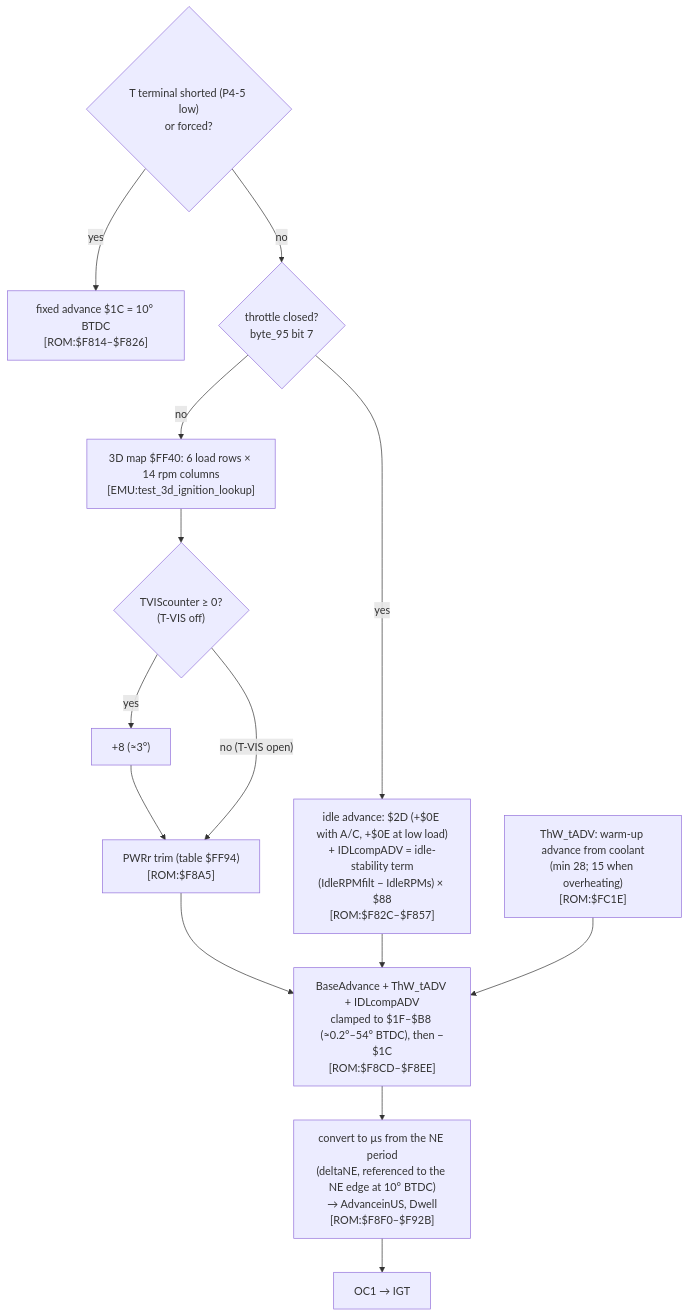
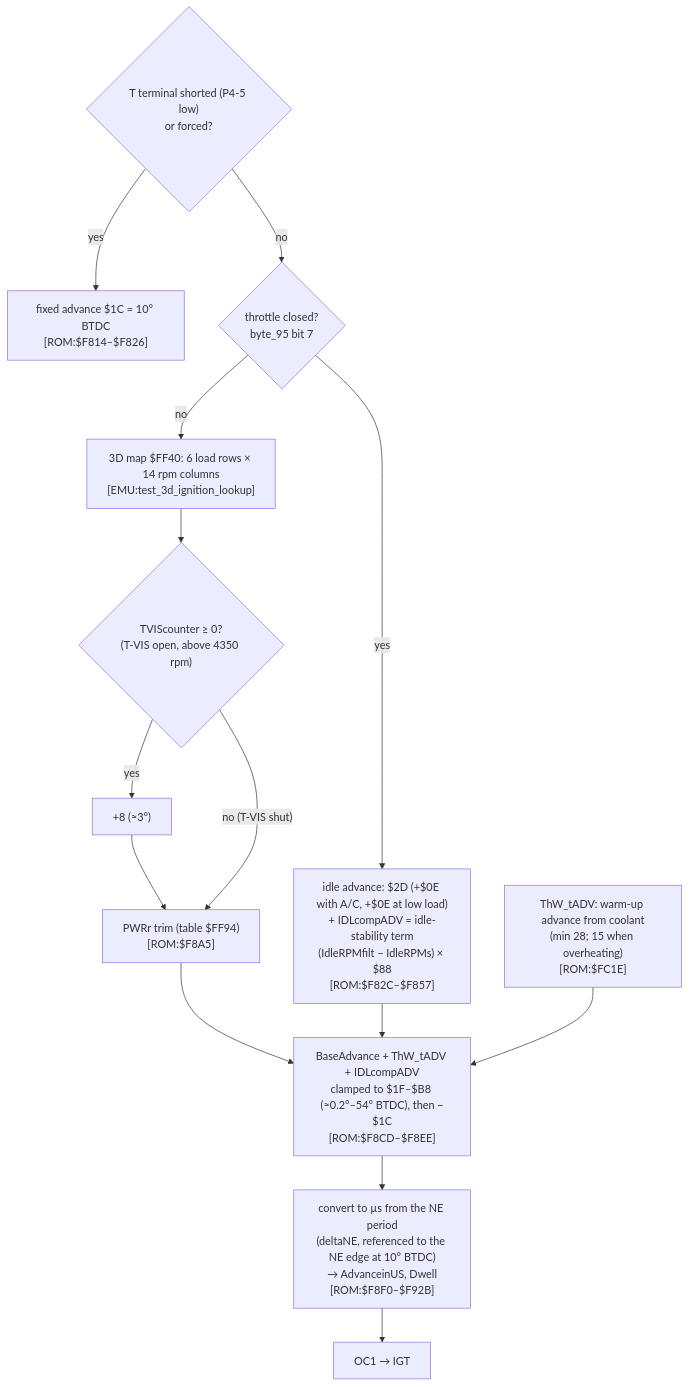
One commit to kurt-culley/Toyota-PCM-hacking changed the second of 2 diagrams in docs/bluetop/fuel_chain.md. Above: the diagram before and after it, drawn with Mermaid. The commit also changed 1 other file, not shown here.

Commit message:
fuel_chain.md: T-VIS branch labels follow the corrected direction (+8 with T-VIS open)
Claude-Session: https://claude.ai/code/session_012woojD6NXFMVtqkWD6Vx8o

````diff
--- a/docs/bluetop/fuel_chain.md
+++ b/docs/bluetop/fuel_chain.md
@@ -54,15 +54,15 @@
 ```mermaid
 flowchart TD
   TEST{"T terminal shorted (P4-5 low)<br/>or forced?"} -->|yes| FIX["fixed advance $1C = 10° BTDC<br/>[ROM:$F814–$F826]"]
   TEST -->|no| IDL{"throttle closed?<br/>byte_95 bit 7"}
   IDL -->|yes| IDLE["idle advance: $2D (+$0E with A/C, +$0E at low load)<br/>+ IDLcompADV = idle-stability term<br/>(IdleRPMfilt − IdleRPMs) × $88<br/>[ROM:$F82C–$F857]"]
   IDL -->|no| MAP3["3D map $FF40: 6 load rows × 14 rpm columns<br/>[EMU:test_3d_ignition_lookup]"]
-  MAP3 --> TVIS{"TVIScounter ≥ 0?<br/>(T-VIS off)"}
+  MAP3 --> TVIS{"TVIScounter ≥ 0?<br/>(T-VIS open, above 4350 rpm)"}
   TVIS -->|yes| TV8["+8 (≈3°)"] --> PWR
-  TVIS -->|"no (T-VIS open)"| PWR["PWRr trim (table $FF94)<br/>[ROM:$F8A5]"]
+  TVIS -->|"no (T-VIS shut)"| PWR["PWRr trim (table $FF94)<br/>[ROM:$F8A5]"]
   PWR --> SUM
   IDLE --> SUM
   WU["ThW_tADV: warm-up advance from coolant<br/>(min 28; 15 when overheating)<br/>[ROM:$FC1E]"] --> SUM
   SUM["BaseAdvance + ThW_tADV + IDLcompADV<br/>clamped to $1F–$B8 (≈0.2°–54° BTDC), then −$1C<br/>[ROM:$F8CD–$F8EE]"] --> US["convert to µs from the NE period<br/>(deltaNE, referenced to the NE edge at 10° BTDC)<br/>→ AdvanceinUS, Dwell<br/>[ROM:$F8F0–$F92B]"]
   US --> IGT["OC1 → IGT"]
 ```
````
